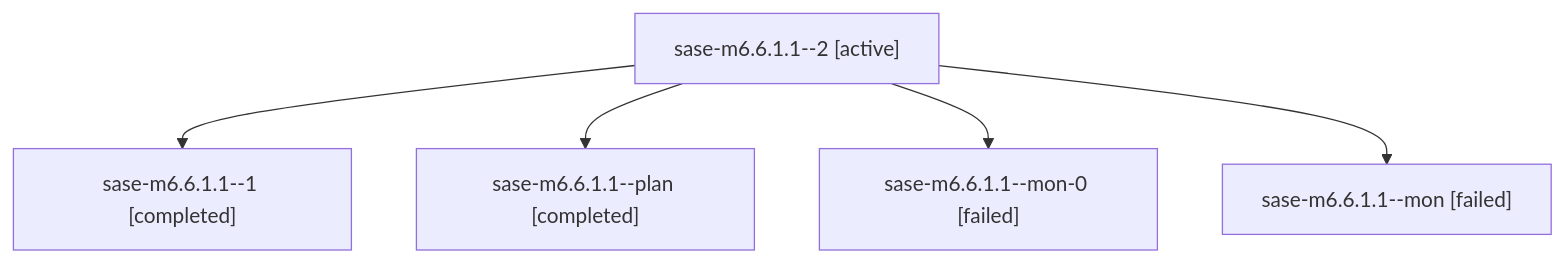
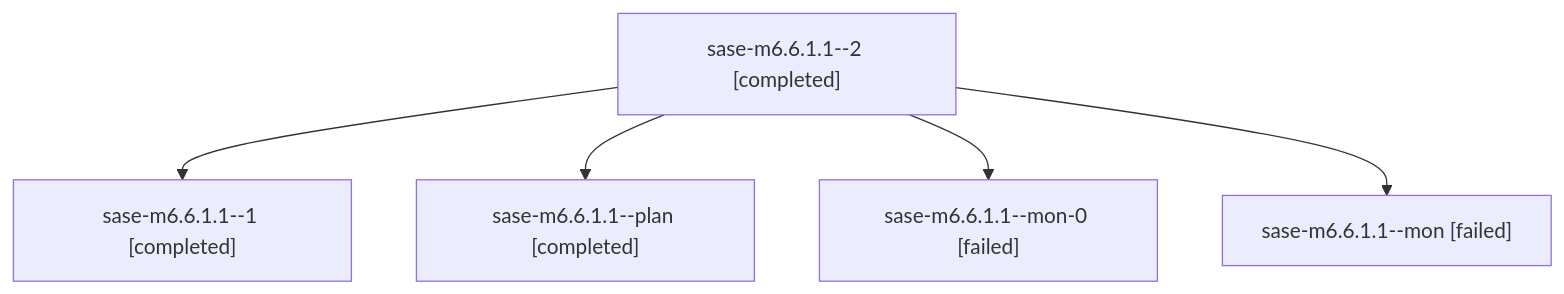
Before and after one commit to sase-org/sase--agents: the diagram in families/bbugyi200.athena.sase-m6.6.1.1.md, drawn with Mermaid. The commit also changed other lines of this file and 125 other files, not shown here.

````diff
--- a/families/bbugyi200.athena.sase-m6.6.1.1.md
+++ b/families/bbugyi200.athena.sase-m6.6.1.1.md
@@ -9,12 +9,12 @@
 ```mermaid
 flowchart TD
-  n0["sase-m6.6.1.1--2 [active]"]
+  n0["sase-m6.6.1.1--2 [completed]"]
   n1["sase-m6.6.1.1--1 [completed]"]
   n0 --> n1
   n2["sase-m6.6.1.1--plan [completed]"]
   n0 --> n2
   n3["sase-m6.6.1.1--mon-0 [failed]"]
   n0 --> n3
   n4["sase-m6.6.1.1--mon [failed]"]
   n0 --> n4
 ```
````
